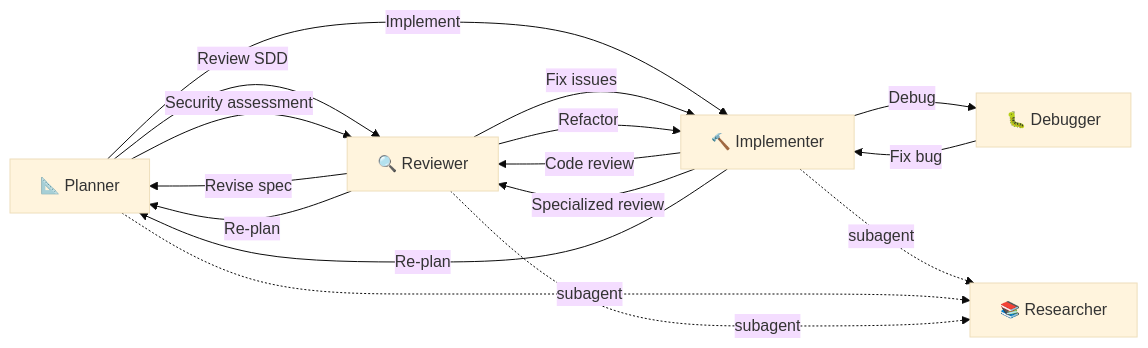
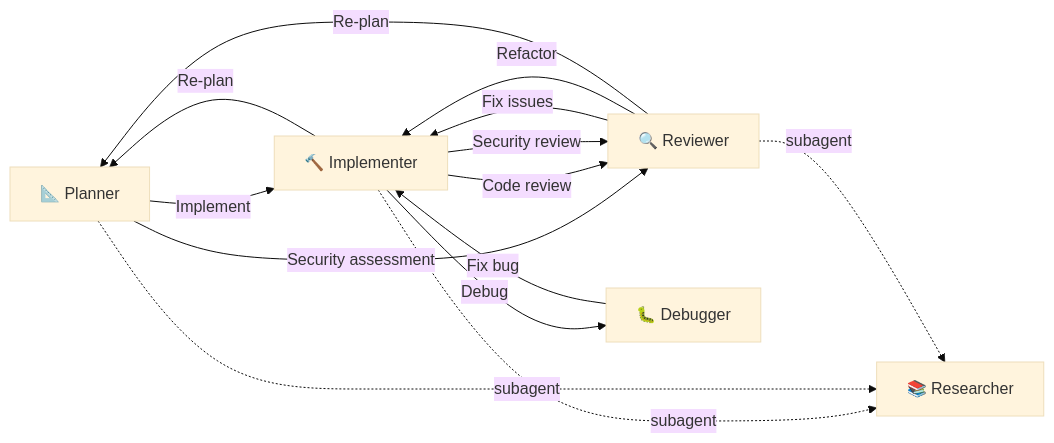
One commit to zexion7873/copilot-setting changed the second of 2 diagrams in README.md. Above: the diagram before and after it, drawn with Mermaid (base theme). The commit also changed other lines of this file and 15 other files, not shown here.

````diff
--- a/README.md
+++ b/README.md
@@ -129,22 +129,20 @@
 ```mermaid
 flowchart LR
-    Planner["📐 Planner"] -->|"Review SDD"| Reviewer
-    Planner -->|"Implement"| Implementer
+    Planner["📐 Planner"] -->|"Implement"| Implementer
     Planner -->|"Security assessment"| Reviewer
 
     Implementer["🔨 Implementer"] -->|"Code review"| Reviewer
-    Implementer -->|"Specialized review"| Reviewer
+    Implementer -->|"Security review"| Reviewer
     Implementer -->|"Debug"| Debugger
     Implementer -->|"Re-plan"| Planner
 
     Reviewer["🔍 Reviewer"] -->|"Fix issues"| Implementer
     Reviewer -->|"Refactor"| Implementer
-    Reviewer -->|"Revise spec"| Planner
     Reviewer -->|"Re-plan"| Planner
 
     Debugger["🐛 Debugger"] -->|"Fix bug"| Implementer
 
     Implementer -.->|"subagent"| Researcher["📚 Researcher"]
     Planner -.->|"subagent"| Researcher
     Reviewer -.->|"subagent"| Researcher
 ```
````
